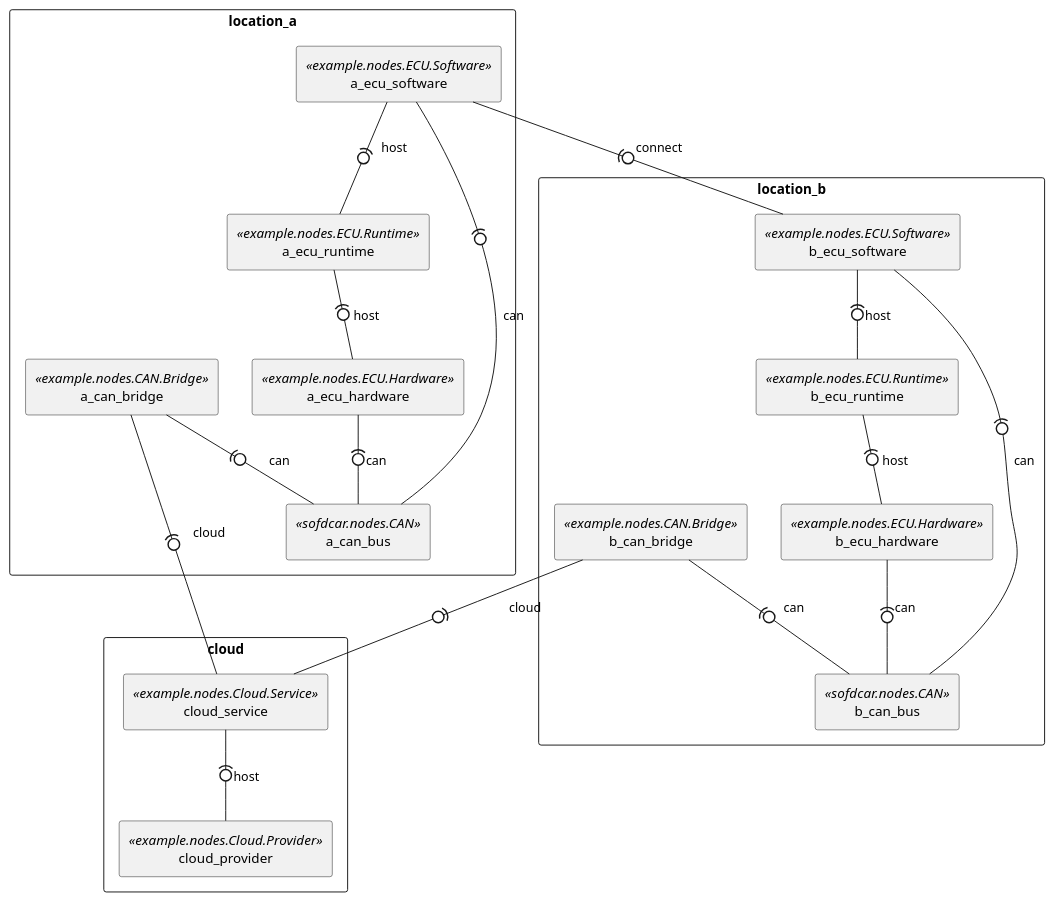
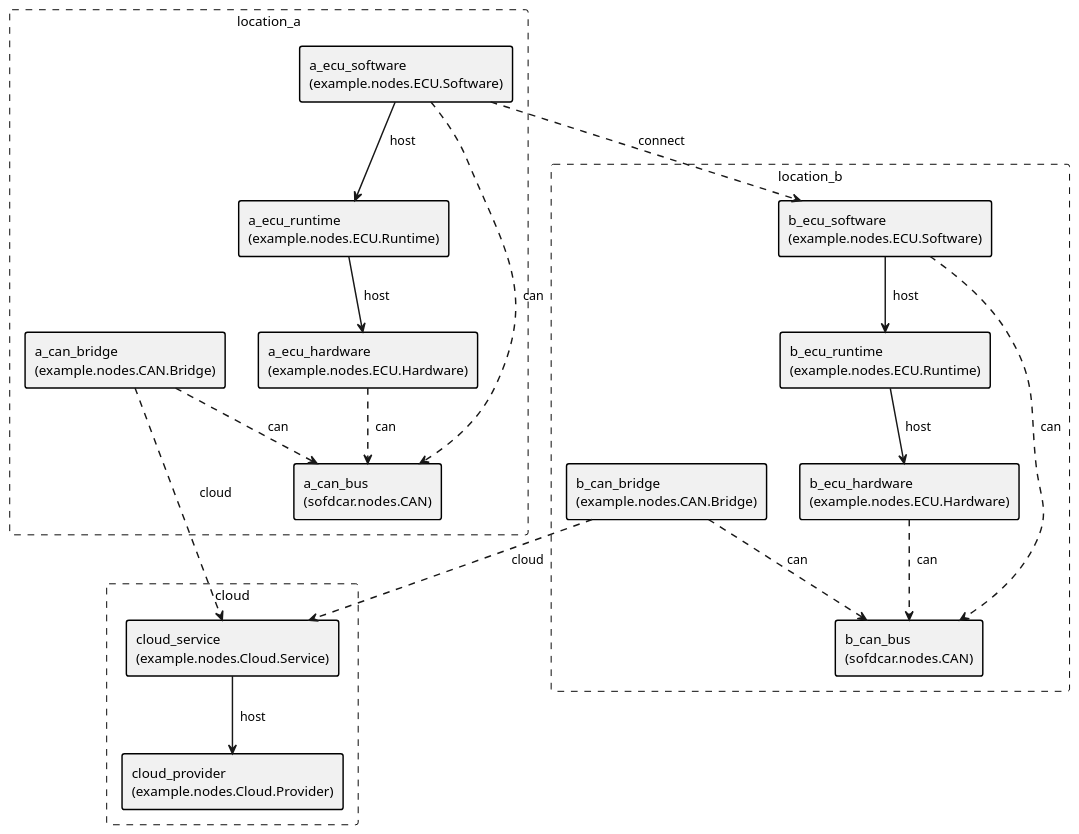
One commit to OpenTOSCA/opentosca-vintner changed the diagram in sofdcar/guides/location/service-template.topology.puml. Above: the diagram before and after it, drawn with PlantUML. The commit also changed 475 other files, not shown here.

```diff
--- a/sofdcar/guides/location/service-template.topology.puml
+++ b/sofdcar/guides/location/service-template.topology.puml
@@ -1,39 +1,71 @@
 @startuml
+skinparam defaultFontName SansSerif
 skinparam componentStyle rectangle
+skinparam backgroundColor transparent
+skinparam ArrowThickness 1.5
 
-rectangle "cloud" {
-    [cloud_service] <<example.nodes.Cloud.Service>>
-    [cloud_provider] <<example.nodes.Cloud.Provider>>
+skinparam file {
+    BorderColor black
+    BorderThickness 1.5
 }
-rectangle "location_a" {
-    [a_ecu_software] <<example.nodes.ECU.Software>>
-    [a_ecu_runtime] <<example.nodes.ECU.Runtime>>
-    [a_ecu_hardware] <<example.nodes.ECU.Hardware>>
-    [a_can_bus] <<sofdcar.nodes.CAN>>
-    [a_can_bridge] <<example.nodes.CAN.Bridge>>
+
+skinparam interface {
+    BorderColor black
+    BorderThickness 1.5
 }
-rectangle "location_b" {
-    [b_ecu_software] <<example.nodes.ECU.Software>>
-    [b_ecu_runtime] <<example.nodes.ECU.Runtime>>
-    [b_ecu_hardware] <<example.nodes.ECU.Hardware>>
-    [b_can_bus] <<sofdcar.nodes.CAN>>
-    [b_can_bridge] <<example.nodes.CAN.Bridge>>
+
+skinparam rectangle {
+    BorderColor black
+    BorderThickness 1.5
+    FontStyle normal
 }
 
 
-cloud_service -(0- cloud_provider : host
-a_ecu_software -(0- a_ecu_runtime : host
-a_ecu_software -(0- a_can_bus : can
-a_ecu_software -(0- b_ecu_software : connect
-a_ecu_runtime -(0- a_ecu_hardware : host
-a_ecu_hardware -(0- a_can_bus : can
-a_can_bridge -(0- a_can_bus : can
-a_can_bridge -(0- cloud_service : cloud
-b_ecu_software -(0- b_ecu_runtime : host
-b_ecu_software -(0- b_can_bus : can
-b_ecu_runtime -(0- b_ecu_hardware : host
-b_ecu_hardware -(0- b_can_bus : can
-b_can_bridge -(0- b_can_bus : can
-b_can_bridge -(0- cloud_service : cloud
+rectangle "cloud" #line.dashed {
+rectangle "cloud_service\n(example.nodes.Cloud.Service)" as node_cloud_service
+
+rectangle "cloud_provider\n(example.nodes.Cloud.Provider)" as node_cloud_provider
+
+}
+rectangle "location_a" #line.dashed {
+rectangle "a_ecu_software\n(example.nodes.ECU.Software)" as node_a_ecu_software
+
+rectangle "a_ecu_runtime\n(example.nodes.ECU.Runtime)" as node_a_ecu_runtime
+
+rectangle "a_ecu_hardware\n(example.nodes.ECU.Hardware)" as node_a_ecu_hardware
+
+rectangle "a_can_bus\n(sofdcar.nodes.CAN)" as node_a_can_bus
+
+rectangle "a_can_bridge\n(example.nodes.CAN.Bridge)" as node_a_can_bridge
+
+}
+rectangle "location_b" #line.dashed {
+rectangle "b_ecu_software\n(example.nodes.ECU.Software)" as node_b_ecu_software
+
+rectangle "b_ecu_runtime\n(example.nodes.ECU.Runtime)" as node_b_ecu_runtime
+
+rectangle "b_ecu_hardware\n(example.nodes.ECU.Hardware)" as node_b_ecu_hardware
+
+rectangle "b_can_bus\n(sofdcar.nodes.CAN)" as node_b_can_bus
+
+rectangle "b_can_bridge\n(example.nodes.CAN.Bridge)" as node_b_can_bridge
+
+}
+
+
+node_cloud_service --> node_cloud_provider : "  host"
+node_a_ecu_software --> node_a_ecu_runtime : "  host"
+node_a_ecu_software ..> node_a_can_bus : "  can"
+node_a_ecu_software ..> node_b_ecu_software : "  connect"
+node_a_ecu_runtime --> node_a_ecu_hardware : "  host"
+node_a_ecu_hardware ..> node_a_can_bus : "  can"
+node_a_can_bridge ..> node_a_can_bus : "  can"
+node_a_can_bridge ..> node_cloud_service : "  cloud"
+node_b_ecu_software --> node_b_ecu_runtime : "  host"
+node_b_ecu_software ..> node_b_can_bus : "  can"
+node_b_ecu_runtime --> node_b_ecu_hardware : "  host"
+node_b_ecu_hardware ..> node_b_can_bus : "  can"
+node_b_can_bridge ..> node_b_can_bus : "  can"
+node_b_can_bridge ..> node_cloud_service : "  cloud"
 
 @enduml
```
